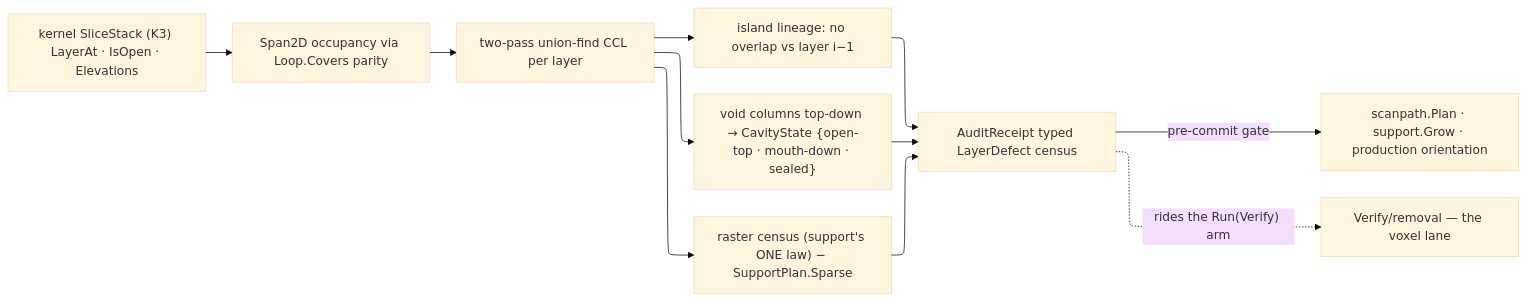
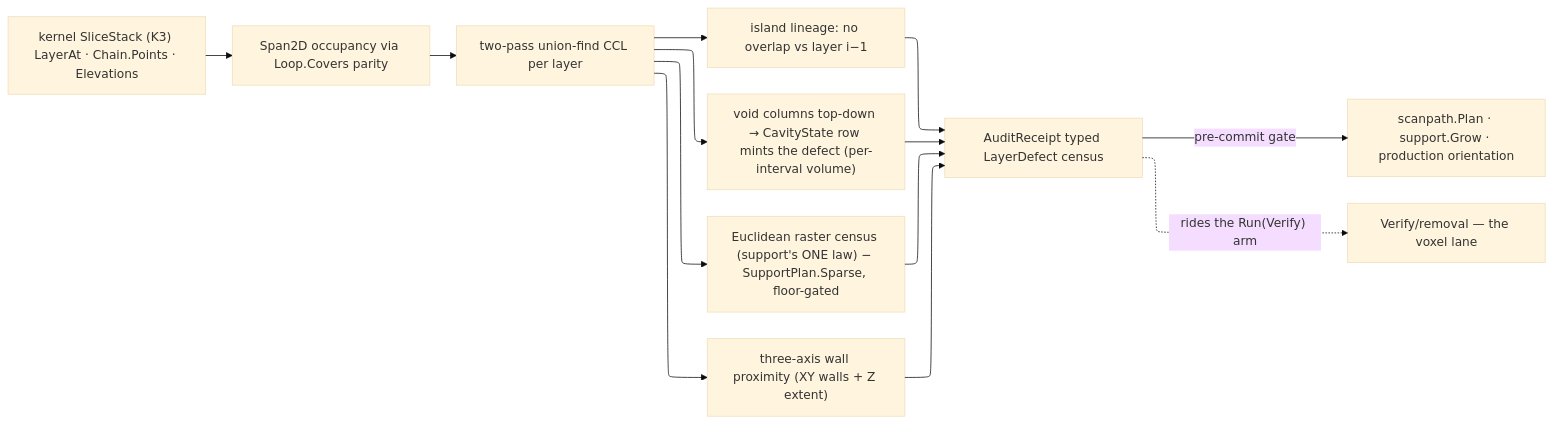
The diagram in libs/csharp/Rasm.Fabrication/.planning/Verify/audit.md (bsamiee/Rasm), drawn with Mermaid before and after one commit. The commit also changed other lines of this file and 79 other files, not shown here.

````diff
--- a/libs/csharp/Rasm.Fabrication/.planning/Verify/audit.md
+++ b/libs/csharp/Rasm.Fabrication/.planning/Verify/audit.md
@@ -254,18 +280,20 @@
 ```mermaid
 ---
 config:
   layout: elk
   theme: base
 ---
 flowchart LR
-    Stack["kernel SliceStack (K3) LayerAt · IsOpen · Elevations"] --> Raster["Span2D occupancy via Loop.Covers parity"]
+    Stack["kernel SliceStack (K3) LayerAt · Chain.Points · Elevations"] --> Raster["Span2D occupancy via Loop.Covers parity"]
     Raster --> Ccl["two-pass union-find CCL per layer"]
     Ccl --> IslandPass["island lineage: no overlap vs layer i−1"]
-    Ccl --> VoidPass["void columns top-down → CavityState {open-top · mouth-down · sealed}"]
-    Ccl --> OverhangPass["raster census (support's ONE law) − SupportPlan.Sparse"]
+    Ccl --> VoidPass["void columns top-down → CavityState row mints the defect (per-interval volume)"]
+    Ccl --> OverhangPass["Euclidean raster census (support's ONE law) − SupportPlan.Sparse, floor-gated"]
+    Ccl --> BoundPass["three-axis wall proximity (XY walls + Z extent)"]
     IslandPass --> Receipt["AuditReceipt typed LayerDefect census"]
     VoidPass --> Receipt
     OverhangPass --> Receipt
+    BoundPass --> Receipt
     Receipt -->|pre-commit gate| Additive["scanpath.Plan · support.Grow · production orientation"]
     Receipt -.->|"rides the Run(Verify) arm"| Removal["Verify/removal — the voxel lane"]
 ```
````
